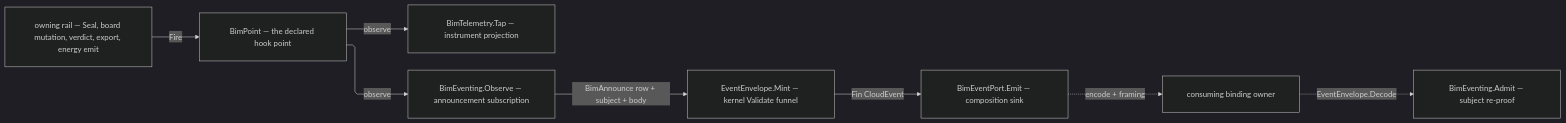
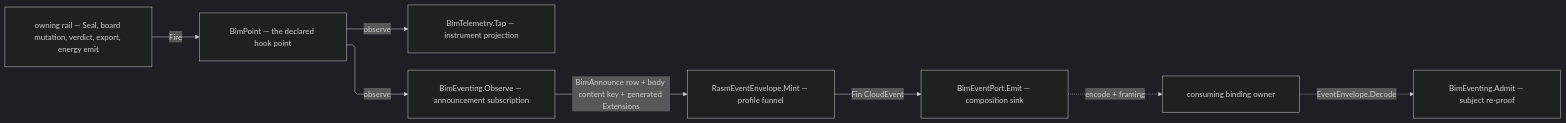
Before and after one commit to bsamiee/Rasm: the diagram in libs/csharp/Rasm.Bim/.planning/Exchange/events.md, drawn with Mermaid (dark theme). The commit also changed other lines of this file and 820 other files, not shown here.

````diff
--- a/libs/csharp/Rasm.Bim/.planning/Exchange/events.md
+++ b/libs/csharp/Rasm.Bim/.planning/Exchange/events.md
@@ -409,19 +454,19 @@
 ```mermaid
 ---
 config:
   layout: elk
   flowchart:
     curve: linear
     padding: 25
 ---
 flowchart LR
     accTitle: Bim announcements as observe subscriptions over the one fact family
-    accDescr: An owning rail fires its declared hook point with a BimFact carrying the address the announcement subjects on; the events projection is mounted at composition as five observe subscriptions beside the telemetry tap, each arm projecting its fact onto a BimAnnounce row, a flat camelCase wire body, and the extension rows its evidence justifies; the kernel mint funnels grammar, roster, trace, and the specification validator onto one rail, and the consuming binding owns encode and framing. The inverse admission re-admits a decoded envelope and re-proves its subject.
+    accDescr: An owning rail fires its declared hook point with a BimFact; the events projection is mounted at composition as five observe subscriptions beside the telemetry tap, each arm projecting its fact onto a BimAnnounce row, a normalized flat camelCase wire body, that body's content key, and the whole generated extension message; the profile mint funnels grammar, generated validation, and the SDK envelope validator onto one rail, and the consuming binding owns encode and framing. The inverse profile admission reserializes the admitted fact and re-proves the same body key.
     Rail["owning rail — Seal, board mutation, verdict, export, energy emit"] -->|Fire| Point["BimPoint — the declared hook point"]
     Point -->|observe| Tap["BimTelemetry.Tap — instrument projection"]
     Point -->|observe| Project["BimEventing.Observe — announcement subscription"]
-    Project -->|BimAnnounce row + subject + body| Mint["EventEnvelope.Mint — kernel Validate funnel"]
+    Project -->|BimAnnounce row + body content key + generated Extensions| Mint["RasmEventEnvelope.Mint — profile funnel"]
     Mint -->|Fin CloudEvent| Port["BimEventPort.Emit — composition sink"]
     Port -.->|encode + framing| Binding["consuming binding owner"]
     Binding -.->|EventEnvelope.Decode| Admit["BimEventing.Admit — subject re-proof"]
 ```
````
